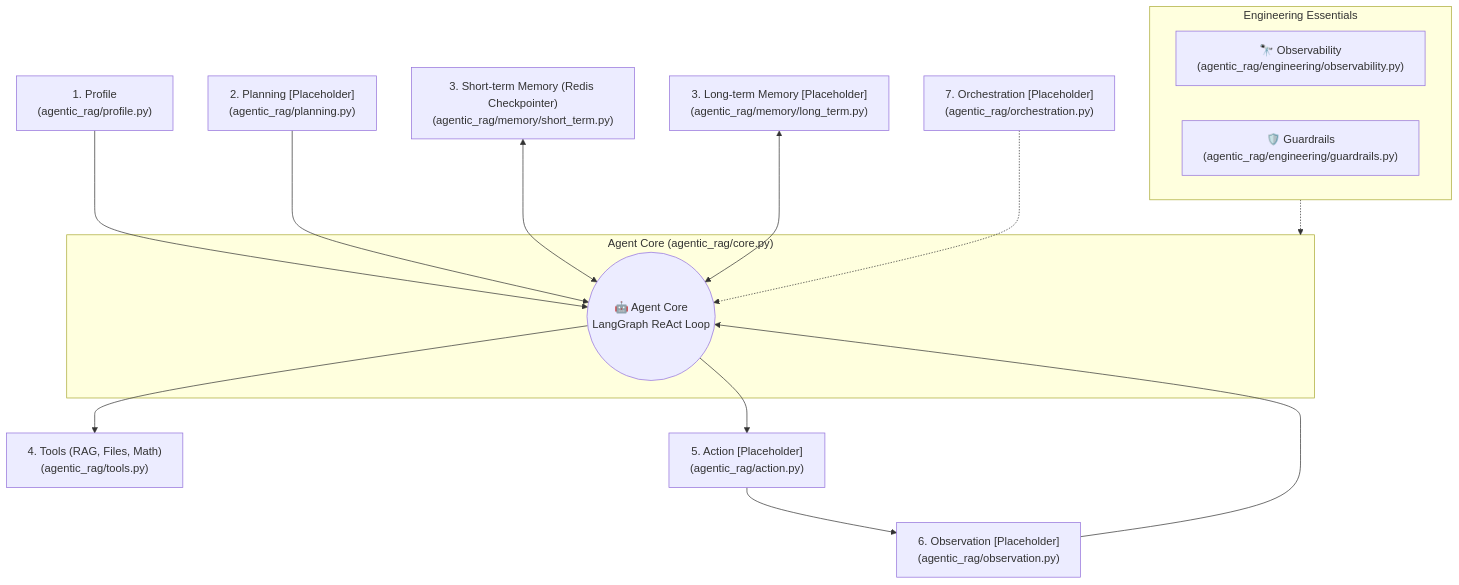
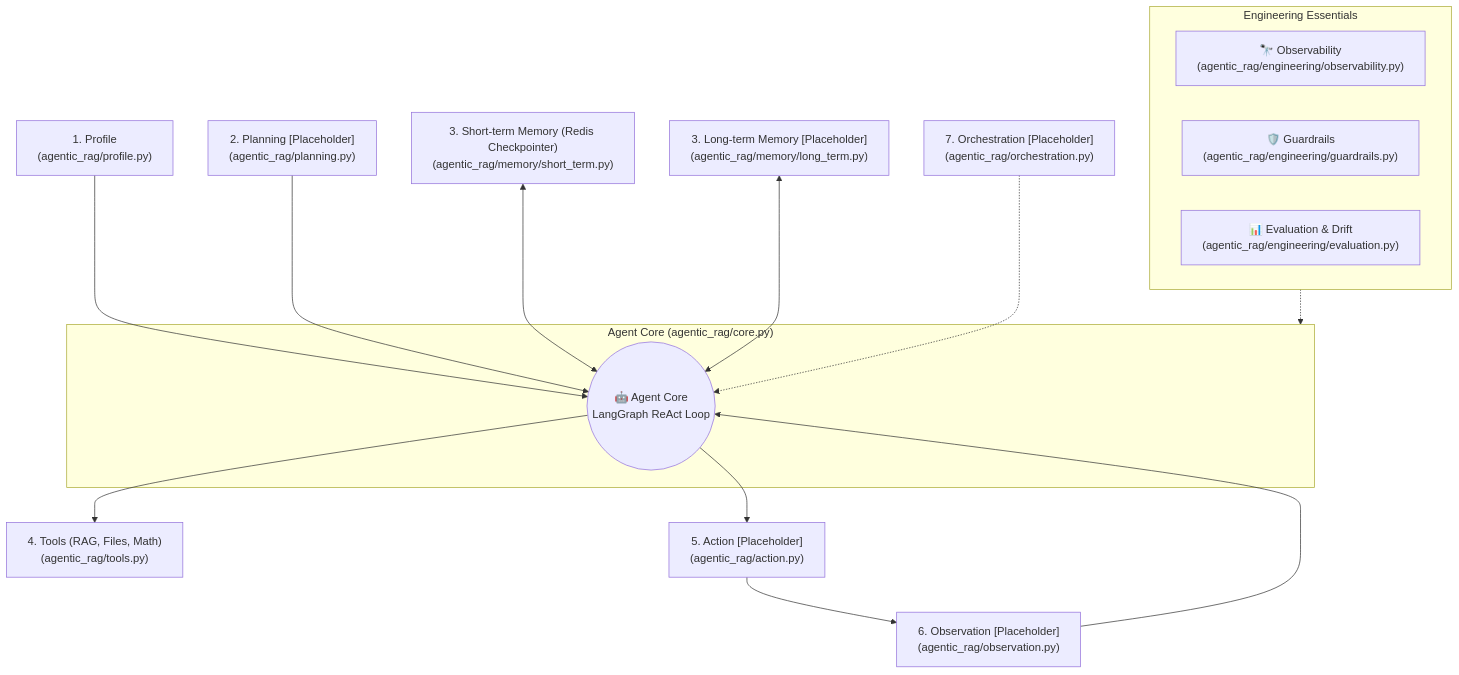
Before and after one commit to ly2xxx/local-rag-ollama: the diagram in agentic_rag/IMPLEMENTATION.md, drawn with Mermaid. The commit also changed other lines of this file and 4 other files, not shown here.

````diff
--- a/agentic_rag/IMPLEMENTATION.md
+++ b/agentic_rag/IMPLEMENTATION.md
@@ -11,22 +11,23 @@
 ```mermaid
 flowchart TD
     subgraph CoreAgent ["Agent Core (agentic_rag/core.py)"]
         AgentCore(("🤖 Agent Core<br/>LangGraph ReAct Loop"))
     end
 
     Profile["1. Profile<br/>(agentic_rag/profile.py)"] --> AgentCore
     Planning["2. Planning [Placeholder]<br/>(agentic_rag/planning.py)"] --> AgentCore
     MemoryST["3. Short-term Memory (Redis Checkpointer)<br/>(agentic_rag/memory/short_term.py)"] <--> AgentCore
     MemoryLT["3. Long-term Memory [Placeholder]<br/>(agentic_rag/memory/long_term.py)"] <--> AgentCore
     AgentCore --> Tools["4. Tools (RAG, Files, Math)<br/>(agentic_rag/tools.py)"]
     AgentCore --> Action["5. Action [Placeholder]<br/>(agentic_rag/action.py)"]
     Action --> Observation["6. Observation [Placeholder]<br/>(agentic_rag/observation.py)"]
     Observation --> AgentCore
     Orchestration["7. Orchestration [Placeholder]<br/>(agentic_rag/orchestration.py)"] -.-> AgentCore
 
     subgraph EngineeringEssentials ["Engineering Essentials"]
         Obs["🔭 Observability<br/>(agentic_rag/engineering/observability.py)"]
         Guard["🛡️ Guardrails<br/>(agentic_rag/engineering/guardrails.py)"]
+        Eval["📊 Evaluation & Drift<br/>(agentic_rag/engineering/evaluation.py)"]
     end
     EngineeringEssentials -.-> CoreAgent
 ```
````
